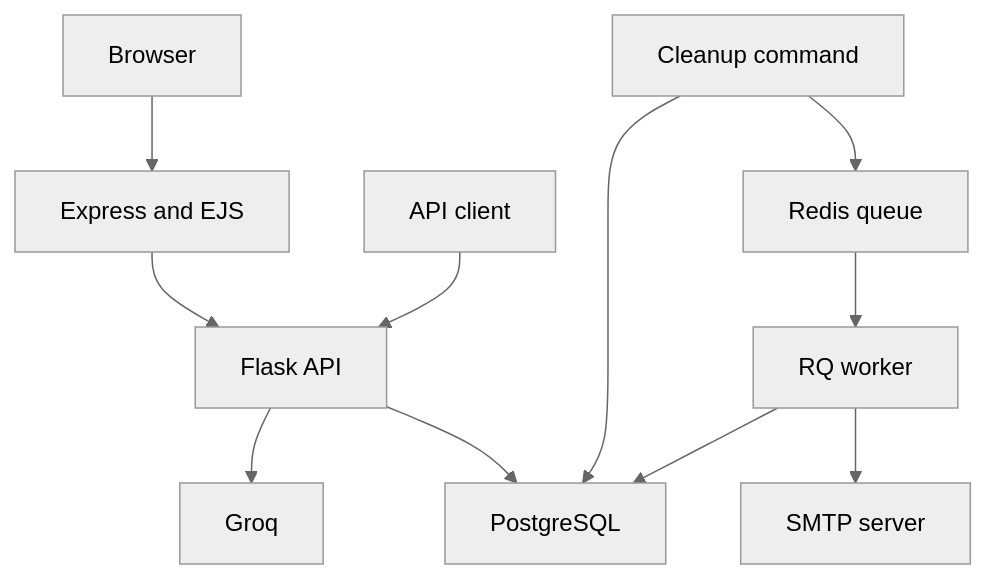
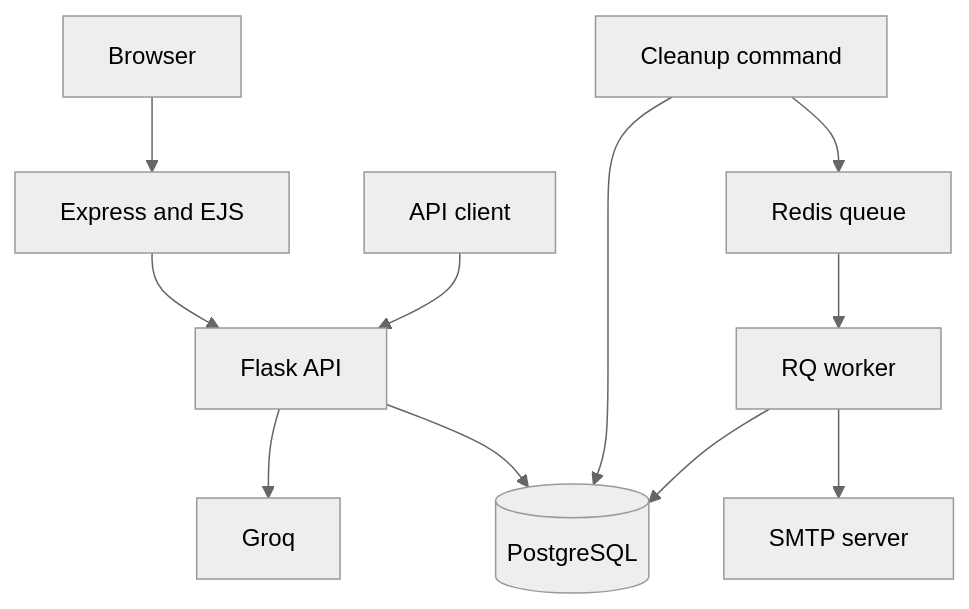
One commit to iamridoydey/logbeacon-app changed the first of 4 diagrams in README.md. Above: the diagram before and after it, drawn with Mermaid (neutral theme). The commit also changed other lines of this file, not shown here.

````diff
--- a/README.md
+++ b/README.md
@@ -39,13 +47,13 @@
 ```mermaid
 flowchart TD
     Browser[Browser] --> Frontend[Express and EJS]
     Frontend --> API[Flask API]
     Client[API client] --> API
     API --> Groq[Groq]
-    API --> DB[PostgreSQL]
+    API --> DB[(PostgreSQL)]
     Cleanup[Cleanup command] --> DB
     Cleanup --> Redis[Redis queue]
     Redis --> Worker[RQ worker]
     Worker --> SMTP[SMTP server]
     Worker --> DB
 ```
````
